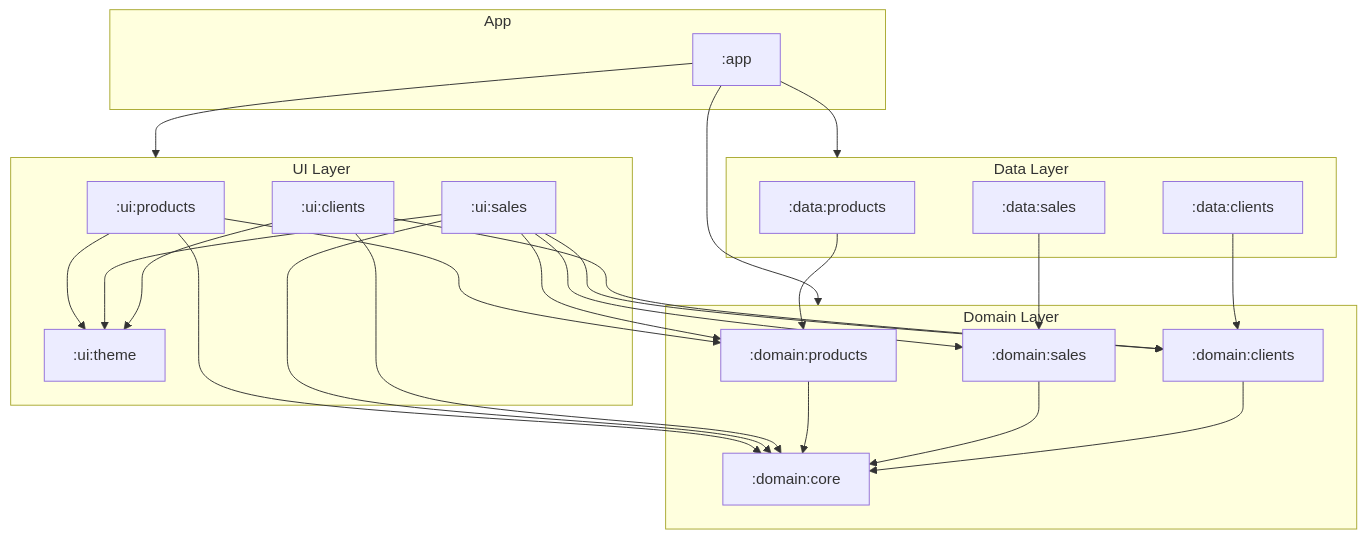
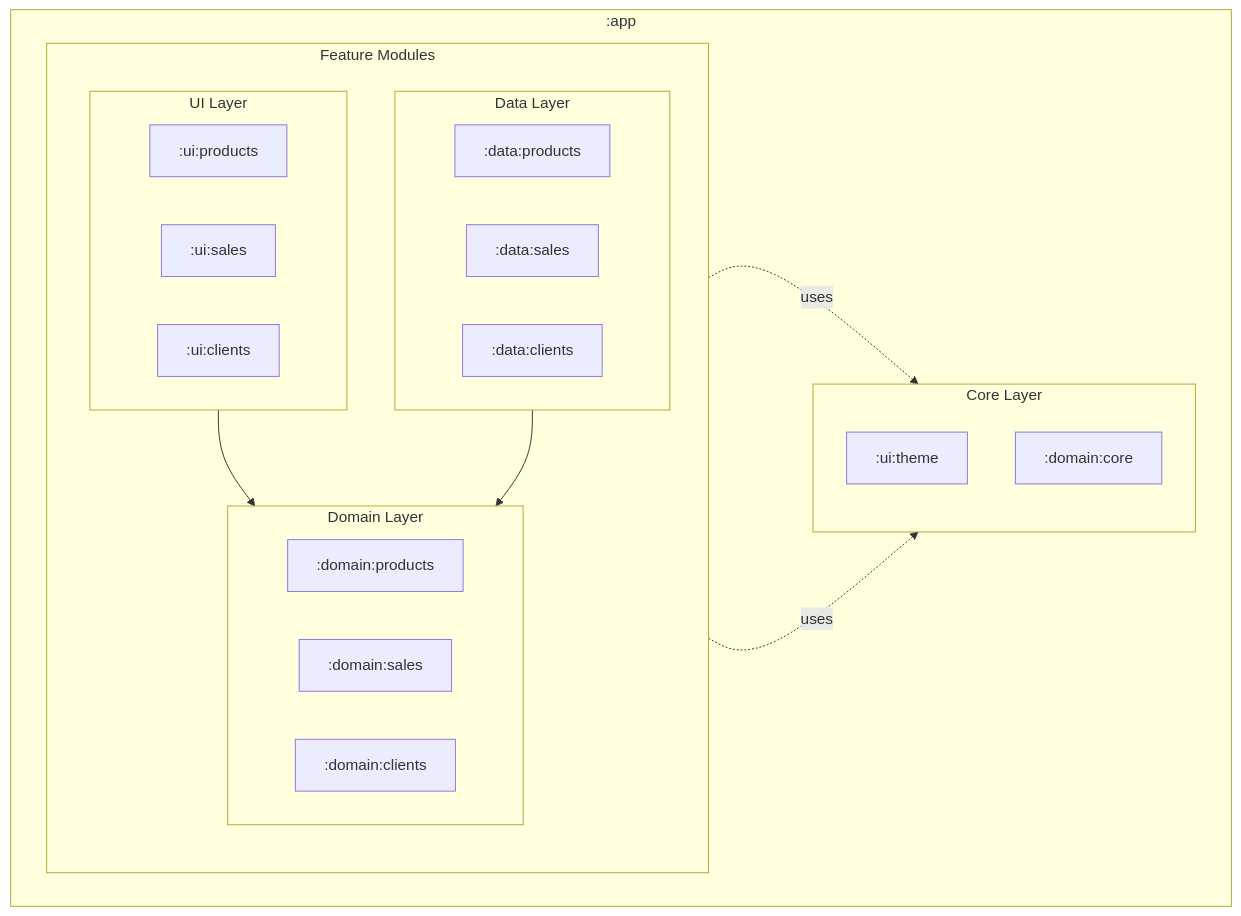
The diagram in README.md (zayelmech/PuntroSales-Demo), drawn with Mermaid before and after one commit. The commit also changed other lines of this file and 4 other files, not shown here.

````diff
--- a/README.md
+++ b/README.md
@@ -93,56 +93,45 @@
 ```mermaid
-graph TD
-    subgraph App
-        app[":app"]
+
+flowchart TB
+
+    subgraph APP[":app"]
+        direction LR
+
+        subgraph CORE["Core Layer"]
+            direction TB
+            ui_theme[":ui:theme"]
+            dom_core[":domain:core"]
+        end
+
+        subgraph FEATURES["Feature Modules"]
+            direction TB
+
+            subgraph UI["UI Layer"]
+                direction LR
+                ui_products[":ui:products"]
+                ui_sales[":ui:sales"]
+                ui_clients[":ui:clients"]
+            end
+
+            subgraph DOMAIN["Domain Layer"]
+                direction LR
+                dom_products[":domain:products"]
+                dom_sales[":domain:sales"]
+                dom_clients[":domain:clients"]
+            end
+
+            subgraph DATA["Data Layer"]
+                direction LR
+                dat_products[":data:products"]
+                dat_sales[":data:sales"]
+                dat_clients[":data:clients"]
+            end
+        end
     end
 
-    subgraph UI_Layer [UI Layer]
-        ui_products[":ui:products"]
-        ui_sales[":ui:sales"]
-        ui_clients[":ui:clients"]
-        ui_theme[":ui:theme"]
-    end
+    UI --> DOMAIN
+    DATA --> DOMAIN
 
-    subgraph Domain_Layer [Domain Layer]
-        dom_products[":domain:products"]
-        dom_sales[":domain:sales"]
-        dom_clients[":domain:clients"]
-        dom_core[":domain:core"]
-    end
-
-    subgraph Data_Layer [Data Layer]
-        dat_products[":data:products"]
-        dat_sales[":data:sales"]
-        dat_clients[":data:clients"]
-    end
-
-    %% Composition Root
-    app --> UI_Layer
-    app --> Domain_Layer
-    app --> Data_Layer
-
-    %% UI Dependencies
-    ui_products --> dom_products
-    ui_products --> dom_core
-    ui_products --> ui_theme
-
-    ui_sales --> dom_sales
-    ui_sales --> dom_products
-    ui_sales --> dom_clients
-    ui_sales --> dom_core
-    ui_sales --> ui_theme
-
-    ui_clients --> dom_clients
-    ui_clients --> dom_core
-    ui_clients --> ui_theme
-
-    %% Data Dependencies
-    dat_products --> dom_products
-    dat_clients --> dom_clients
-    dat_sales --> dom_sales
-
-    %% Domain Dependencies
-    dom_products --> dom_core
-    dom_sales --> dom_core
-    dom_clients --> dom_core
+    UI -. uses .-> CORE
+    DOMAIN -. uses .-> CORE
 ```
````
